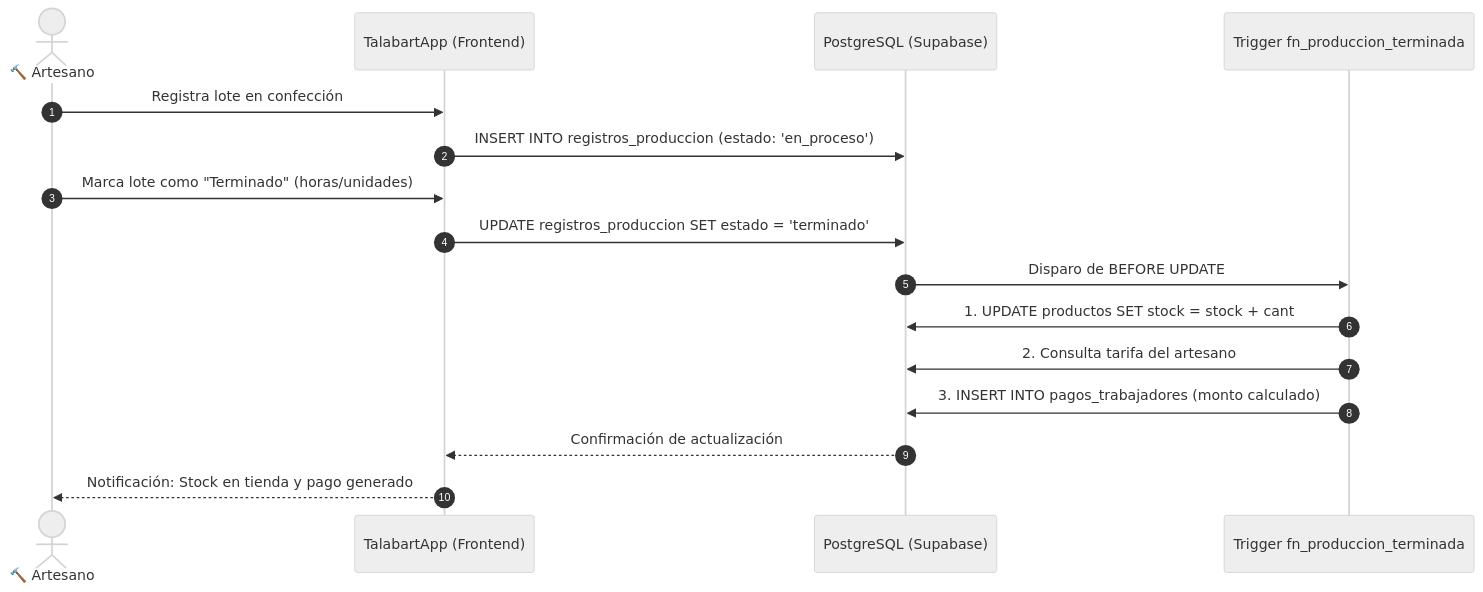
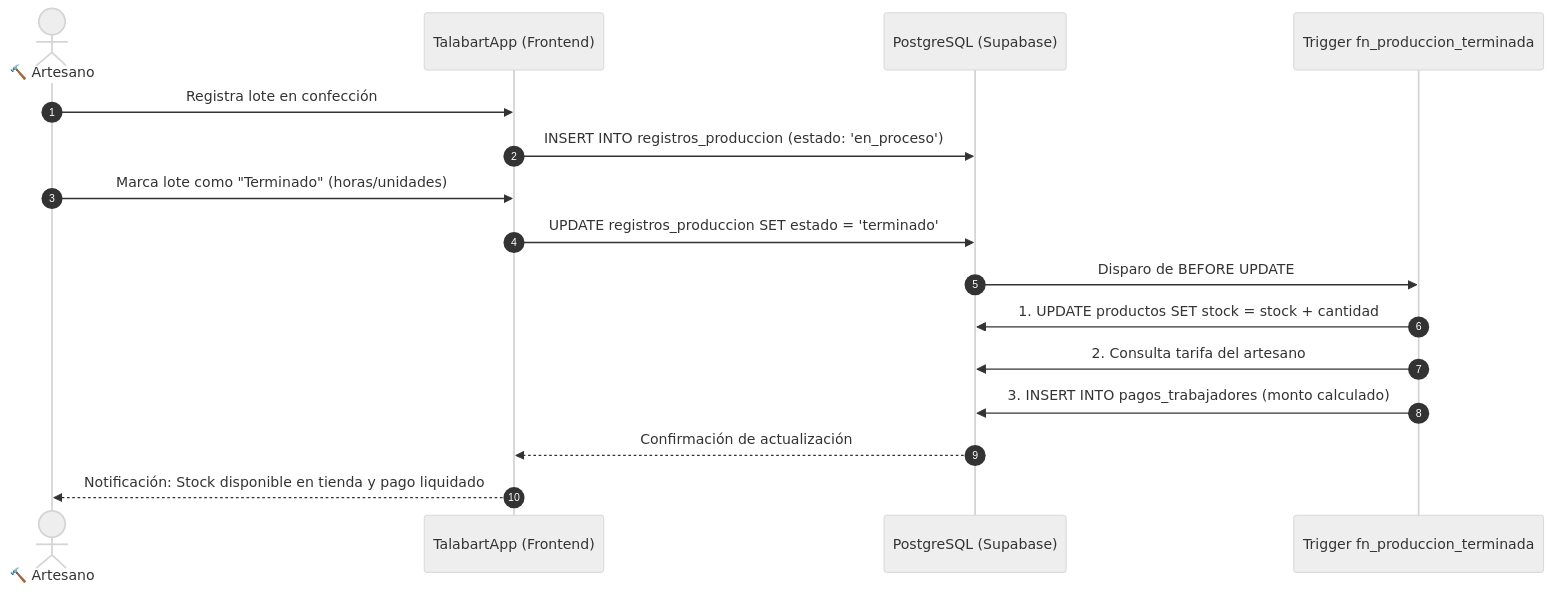
Before and after one commit to derlyh/talabartapp: the second of 3 diagrams in README.md, drawn with Mermaid (neutral theme). The commit also changed other lines of this file and 24 other files, not shown here.

````diff
--- a/README.md
+++ b/README.md
@@ -260,19 +345,19 @@
 ```mermaid
 sequenceDiagram
     autonumber
     actor Artesano as 🔨 Artesano
     participant App as TalabartApp (Frontend)
     participant DB as PostgreSQL (Supabase)
     participant Trg as Trigger fn_produccion_terminada
 
     Artesano->>App: Registra lote en confección
     App->>DB: INSERT INTO registros_produccion (estado: 'en_proceso')
     Artesano->>App: Marca lote como "Terminado" (horas/unidades)
     App->>DB: UPDATE registros_produccion SET estado = 'terminado'
     DB->>Trg: Disparo de BEFORE UPDATE
-    Trg->>DB: 1. UPDATE productos SET stock = stock + cant
+    Trg->>DB: 1. UPDATE productos SET stock = stock + cantidad
     Trg->>DB: 2. Consulta tarifa del artesano
     Trg->>DB: 3. INSERT INTO pagos_trabajadores (monto calculado)
     DB-->>App: Confirmación de actualización
-    App-->>Artesano: Notificación: Stock en tienda y pago generado
+    App-->>Artesano: Notificación: Stock disponible en tienda y pago liquidado
 ```
````
